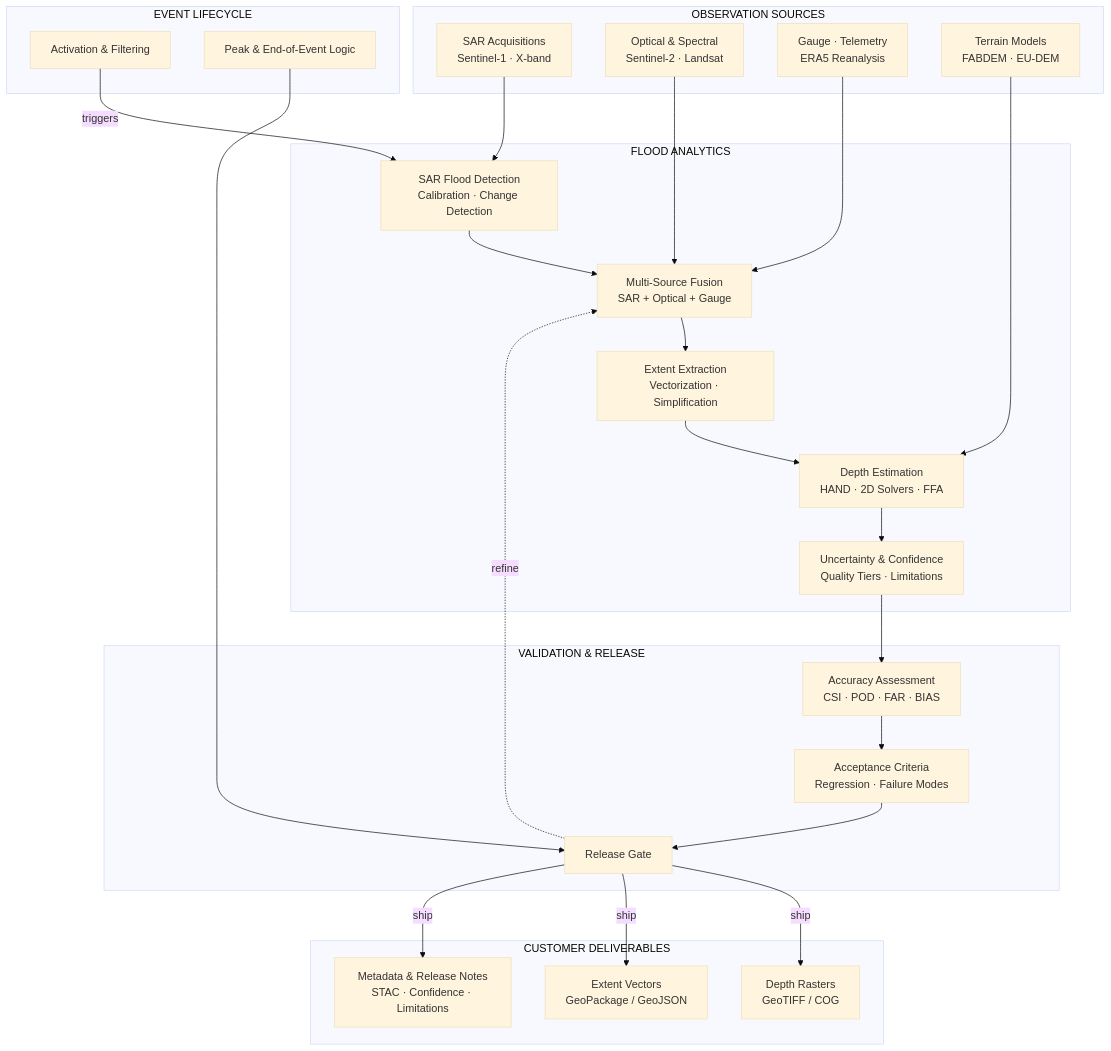
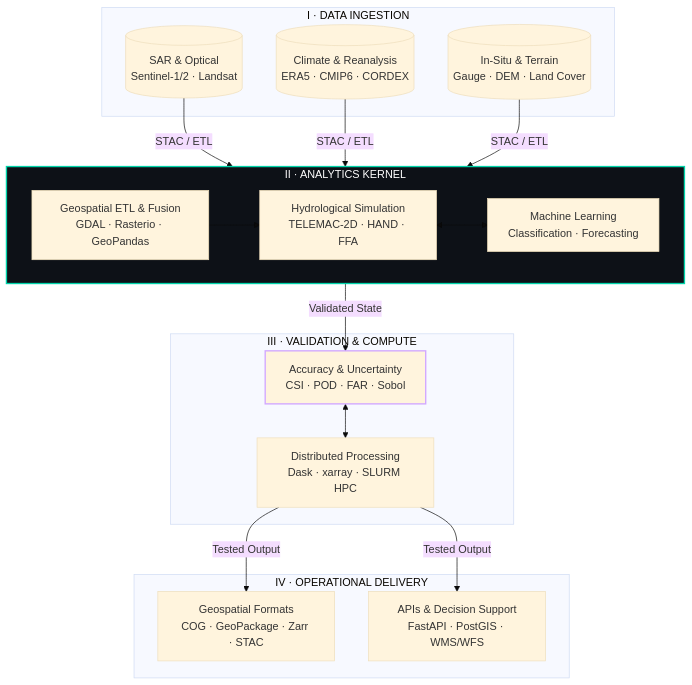
One commit to BadibossPy/BadibossPy changed the diagram in README.md. Above: the diagram before and after it, drawn with Mermaid (base theme). The commit also changed other lines of this file, not shown here.

````diff
--- a/README.md
+++ b/README.md
@@ -25,47 +23,35 @@
 ```mermaid
 flowchart TD
-    subgraph EVENT ["EVENT LIFECYCLE"]
-        ACT["Activation & Filtering"]
-        PEAK["Peak & End-of-Event Logic"]
+    subgraph L1 ["I · DATA INGESTION"]
+        A1[("SAR & Optical<br>Sentinel-1/2 · Landsat")]
+        A2[("Climate & Reanalysis<br>ERA5 · CMIP6 · CORDEX")]
+        A3[("In-Situ & Terrain<br>Gauge · DEM · Land Cover")]
     end
 
-    subgraph OBS ["OBSERVATION SOURCES"]
-        SAR["SAR Acquisitions<br>Sentinel-1 · X-band"]
-        OPT["Optical & Spectral<br>Sentinel-2 · Landsat"]
-        AUX["Gauge · Telemetry<br>ERA5 Reanalysis"]
-        DEM["Terrain Models<br>FABDEM · EU-DEM"]
+    subgraph L2 ["II · ANALYTICS KERNEL"]
+        direction LR
+        B1["Geospatial ETL & Fusion<br>GDAL · Rasterio · GeoPandas"]
+        B2["Hydrological Simulation<br>TELEMAC-2D · HAND · FFA"]
+        B3["Machine Learning<br>Classification · Forecasting"]
+        B1 --> B2
+        B2 <--> B3
     end
 
-    subgraph CORE ["FLOOD ANALYTICS"]
-        DET["SAR Flood Detection<br>Calibration · Change Detection"]
-        FUSE["Multi-Source Fusion<br>SAR + Optical + Gauge"]
-        EXT["Extent Extraction<br>Vectorization · Simplification"]
-        DEP["Depth Estimation<br>HAND · 2D Solvers · FFA"]
-        UQ["Uncertainty & Confidence<br>Quality Tiers · Limitations"]
+    subgraph L3 ["III · VALIDATION & COMPUTE"]
+        C1["Accuracy & Uncertainty<br>CSI · POD · FAR · Sobol"]
+        C2["Distributed Processing<br>Dask · xarray · SLURM HPC"]
     end
 
-    subgraph QA ["VALIDATION & RELEASE"]
-        MET["Accuracy Assessment<br>CSI · POD · FAR · BIAS"]
-        ACC["Acceptance Criteria<br>Regression · Failure Modes"]
-        REL["Release Gate"]
+    subgraph L4 ["IV · OPERATIONAL DELIVERY"]
+        D1["Geospatial Formats<br>COG · GeoPackage · Zarr · STAC"]
+        D2["APIs & Decision Support<br>FastAPI · PostGIS · WMS/WFS"]
     end
 
-    subgraph SHIP ["CUSTOMER DELIVERABLES"]
-        R1["Depth Rasters<br>GeoTIFF / COG"]
-        R2["Extent Vectors<br>GeoPackage / GeoJSON"]
-        R3["Metadata & Release Notes<br>STAC · Confidence · Limitations"]
-    end
+    A1 & A2 & A3 -->|STAC / ETL| B1
+    B3 -->|Validated State| C1
+    C1 <--> C2
+    C2 -->|Tested Output| D1 & D2
 
-    ACT -->|triggers| DET
-    SAR --> DET
-    DET --> FUSE
-    OPT --> FUSE
-    AUX --> FUSE
-    FUSE --> EXT --> DEP
-    DEM --> DEP
-    DEP --> UQ
-    UQ --> MET --> ACC --> REL
-    PEAK --> REL
-    REL -->|ship| R1 & R2 & R3
-    REL -.->|refine| FUSE
+    style L2 fill:#0d1117,stroke:#00d4aa,stroke-width:2px,color:#fff
+    style C1 stroke:#d2a8ff,stroke-width:2px
 ```
````
